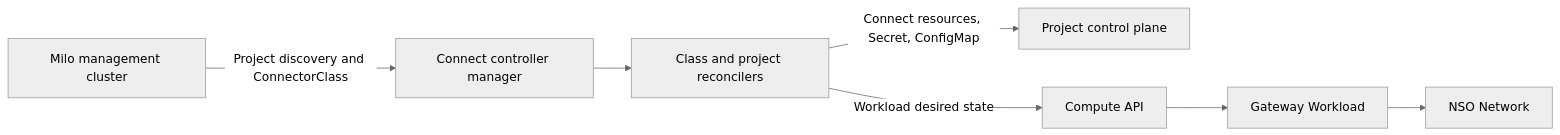
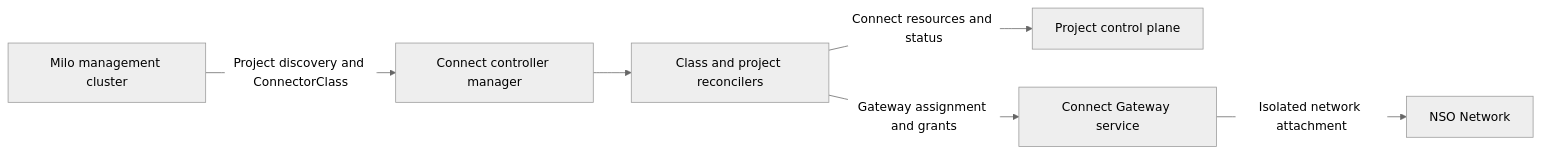
The first of 2 diagrams in docs/components/controller-architecture.md (datum-cloud/connect), drawn with Mermaid (neutral theme) before and after one commit. The commit also changed other lines of this file and 14 other files, not shown here.

Commit message:
docs: abstract Connect Gateway deployment model

````diff
--- a/docs/components/controller-architecture.md
+++ b/docs/components/controller-architecture.md
@@ -21,17 +21,15 @@
 ```mermaid
 flowchart LR
     mgmt[Milo management cluster]
     project[Project control plane]
     manager[Connect controller manager]
     reconcilers[Class and project reconcilers]
-    compute[Compute API]
-    workload[Gateway Workload]
+    gateway[Connect Gateway service]
     vpc[NSO Network]
 
     mgmt -->|Project discovery and ConnectorClass| manager
     manager --> reconcilers
-    reconcilers -->|Connect resources, Secret, ConfigMap| project
-    reconcilers -->|Workload desired state| compute
-    compute --> workload
-    workload --> vpc
+    reconcilers -->|Connect resources and status| project
+    reconcilers -->|Gateway assignment and grants| gateway
+    gateway -->|Isolated network attachment| vpc
 ```
````
